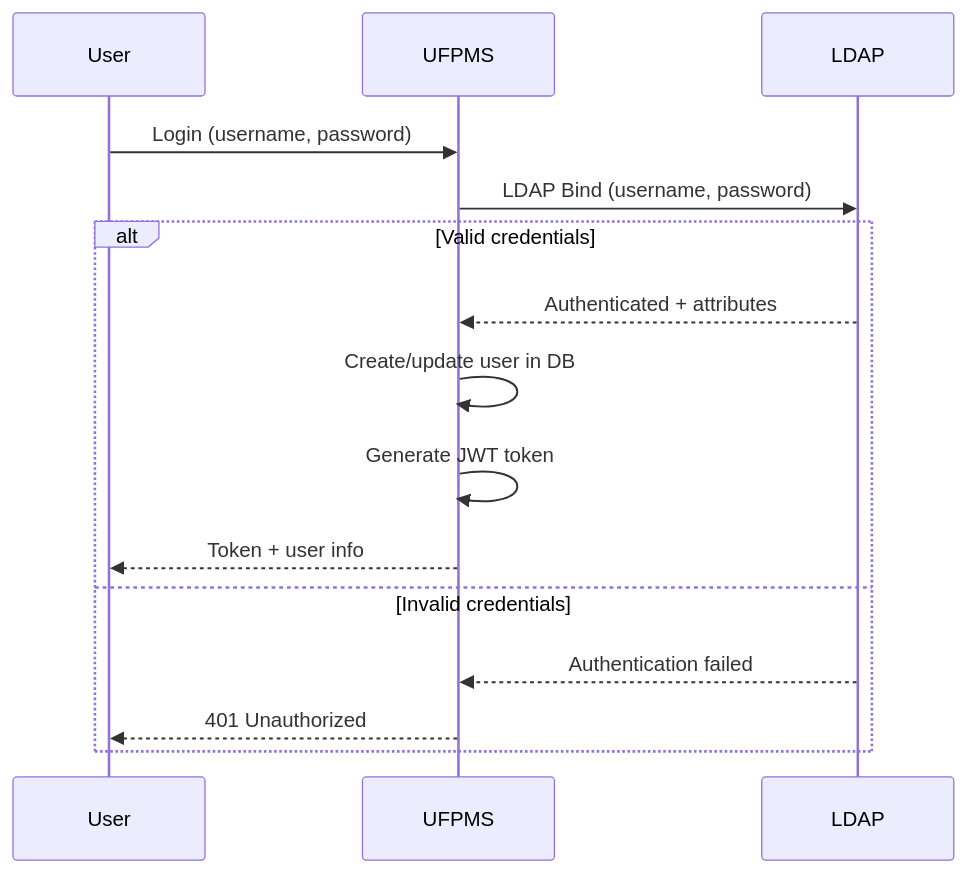
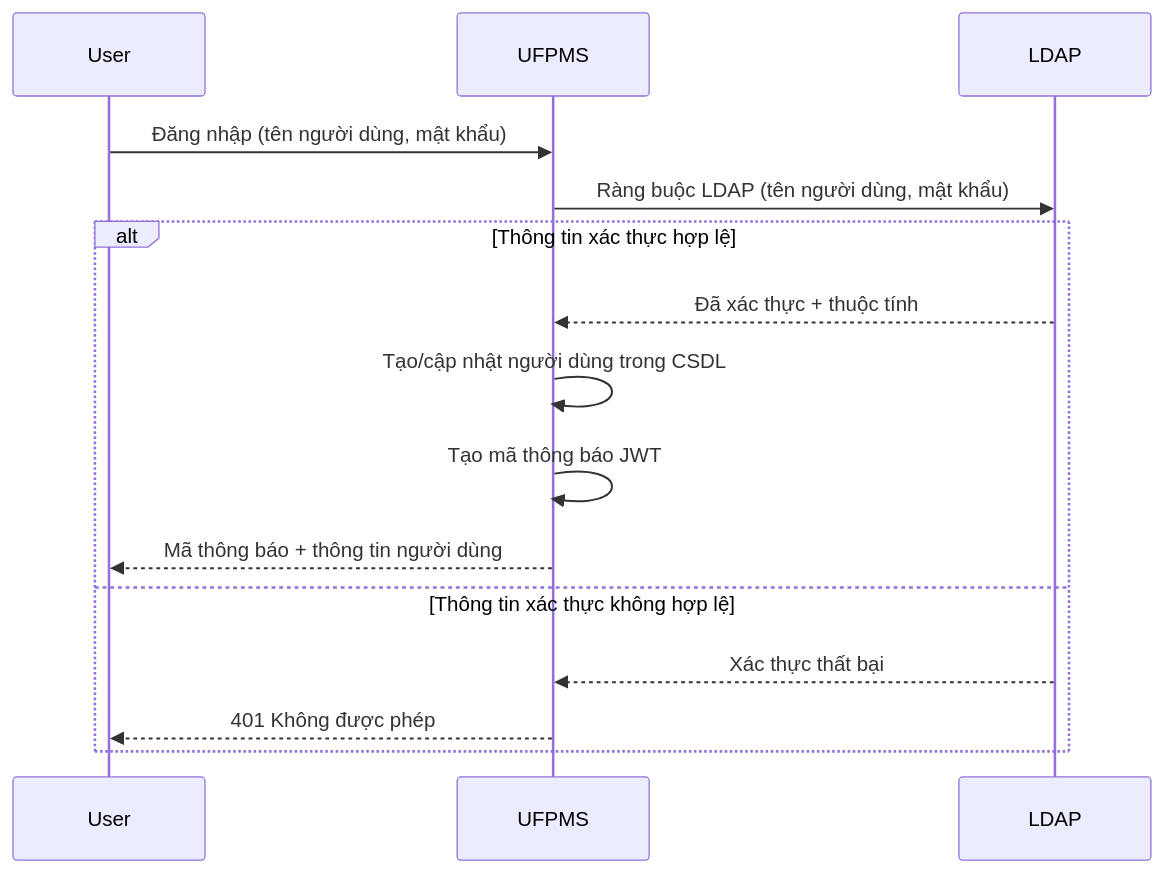
The first of 5 diagrams in docs/06_Diagrams/Context/external_integrations.md (Ng0cTh4nhk5/ufpms-docs), drawn with Mermaid before and after one commit. The commit also changed other lines of this file and 70 other files, not shown here.

````diff
--- a/docs/06_Diagrams/Context/external_integrations.md
+++ b/docs/06_Diagrams/Context/external_integrations.md
@@ -28,15 +28,15 @@
 ```mermaid
 sequenceDiagram
-    User->>UFPMS: Login (username, password)
-    UFPMS->>LDAP: LDAP Bind (username, password)
+    User->>UFPMS: Đăng nhập (tên người dùng, mật khẩu)
+    UFPMS->>LDAP: Ràng buộc LDAP (tên người dùng, mật khẩu)
     
-    alt Valid credentials
-        LDAP-->>UFPMS: Authenticated + attributes
-        UFPMS->>UFPMS: Create/update user in DB
-        UFPMS->>UFPMS: Generate JWT token
-        UFPMS-->>User: Token + user info
-    else Invalid credentials
-        LDAP-->>UFPMS: Authentication failed
-        UFPMS-->>User: 401 Unauthorized
+    alt Thông tin xác thực hợp lệ
+        LDAP-->>UFPMS: Đã xác thực + thuộc tính
+        UFPMS->>UFPMS: Tạo/cập nhật người dùng trong CSDL
+        UFPMS->>UFPMS: Tạo mã thông báo JWT
+        UFPMS-->>User: Mã thông báo + thông tin người dùng
+    else Thông tin xác thực không hợp lệ
+        LDAP-->>UFPMS: Xác thực thất bại
+        UFPMS-->>User: 401 Không được phép
     end
 ```
````
